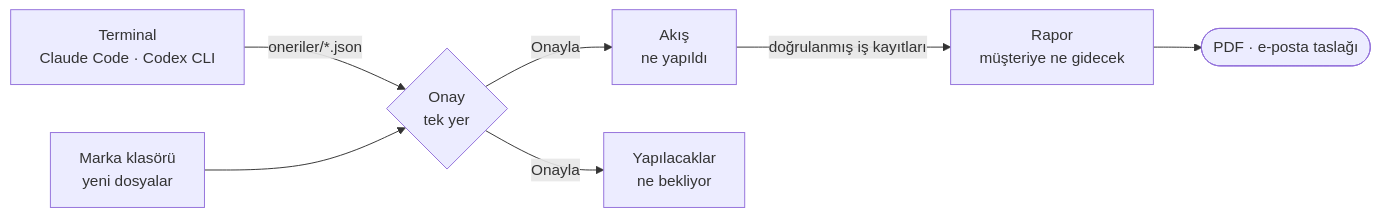
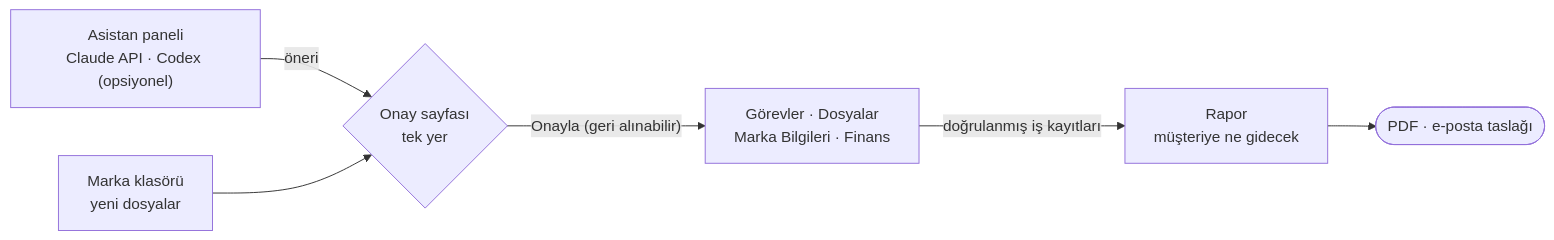
Before and after one commit to suleymanbagirgan/brand-workspace: the diagram in README.md, drawn with Mermaid. The commit also changed other lines of this file and 7 other files, not shown here.

````diff
--- a/README.md
+++ b/README.md
@@ -39,9 +40,8 @@
 ```mermaid
 flowchart LR
-    T["Terminal<br/>Claude Code · Codex CLI"] -- "oneriler/*.json" --> O{"Onay<br/>tek yer"}
+    S["Asistan paneli<br/>Claude API · Codex (opsiyonel)"] -- "öneri" --> O{"Onay sayfası<br/>tek yer"}
     D["Marka klasörü<br/>yeni dosyalar"] --> O
-    O -- Onayla --> A["Akış<br/>ne yapıldı"]
-    O -- Onayla --> Y["Yapılacaklar<br/>ne bekliyor"]
-    A -- "doğrulanmış iş kayıtları" --> R["Rapor<br/>müşteriye ne gidecek"]
+    O -- "Onayla (geri alınabilir)" --> K["Görevler · Dosyalar<br/>Marka Bilgileri · Finans"]
+    K -- "doğrulanmış iş kayıtları" --> R["Rapor<br/>müşteriye ne gidecek"]
     R --> P(["PDF · e-posta taslağı"])
 ```
````
